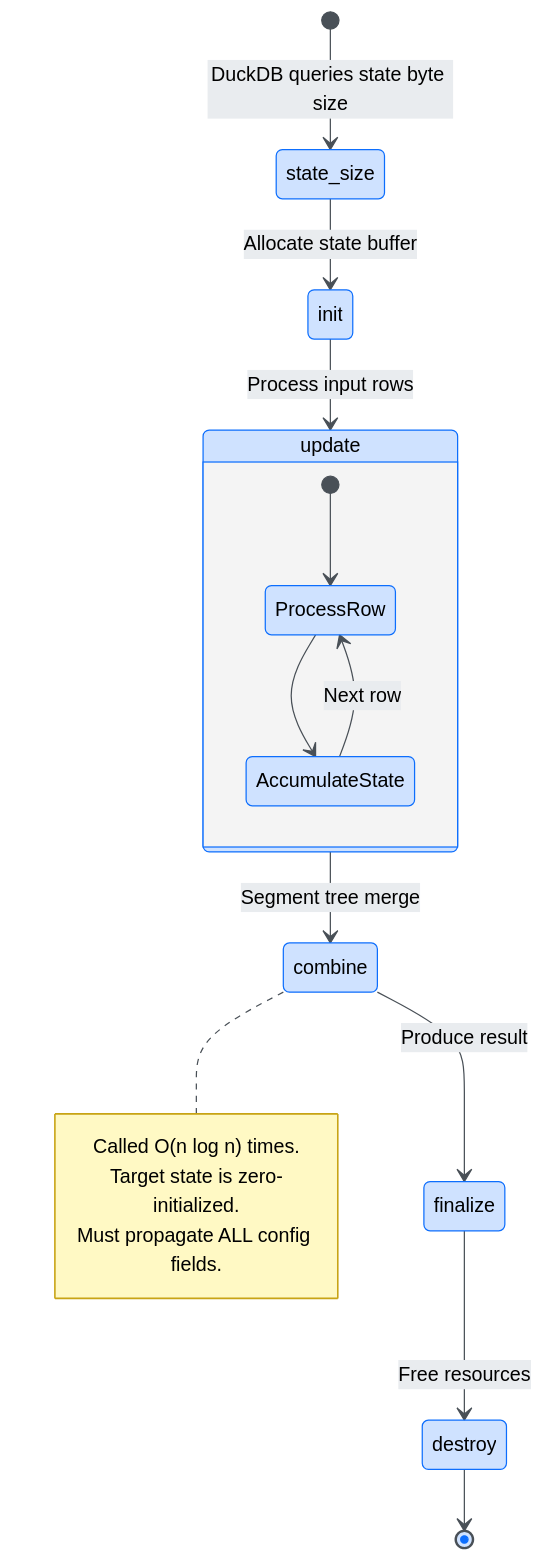
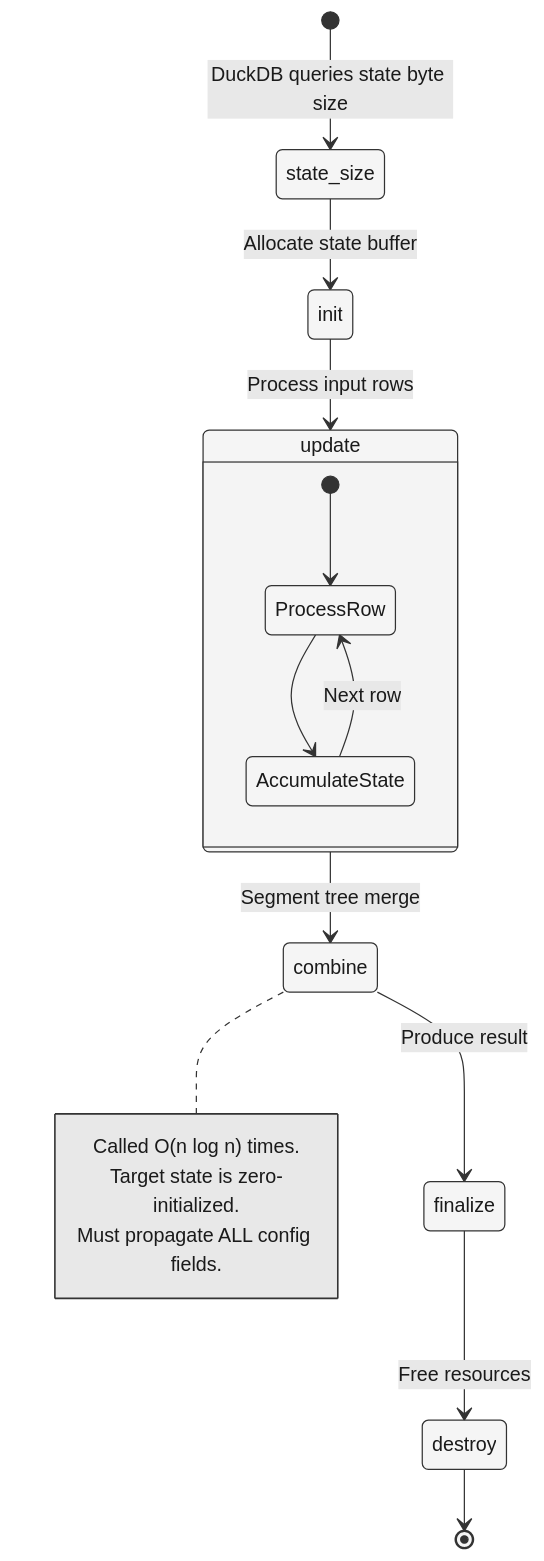
The third of 4 diagrams in docs/src/engineering.md (tomtom215/duckdb-behavioral), drawn with Mermaid before and after one commit. The commit also changed other lines of this file and 16 other files, not shown here.

First line of the commit message:
Enterprise quality: 23 new tests (411→434), Mermaid grayscale, doc updates

````diff
--- a/docs/src/engineering.md
+++ b/docs/src/engineering.md
@@ -316,25 +316,25 @@
 ```mermaid
-%%{init: {'theme': 'base', 'themeVariables': {'primaryColor': '#cfe2ff', 'primaryTextColor': '#000000', 'primaryBorderColor': '#0d6efd', 'lineColor': '#495057', 'secondaryColor': '#e9ecef', 'tertiaryColor': '#dee2e6', 'textColor': '#000000', 'noteBkgColor': '#fff9c4', 'noteTextColor': '#000000', 'noteBorderColor': '#c8a415', 'labelTextColor': '#000000', 'transitionColor': '#495057'}}}%%
+%%{init: {'theme': 'base', 'themeVariables': {'primaryColor': '#f5f5f5', 'primaryTextColor': '#1a1a1a', 'primaryBorderColor': '#333333', 'lineColor': '#333333', 'secondaryColor': '#e8e8e8', 'tertiaryColor': '#e0e0e0', 'textColor': '#1a1a1a', 'noteBkgColor': '#e8e8e8', 'noteTextColor': '#1a1a1a', 'noteBorderColor': '#333333', 'labelTextColor': '#1a1a1a', 'transitionColor': '#333333'}}}%%
 stateDiagram-v2
     [*] --> state_size: DuckDB queries state byte size
 
     state_size --> init: Allocate state buffer
     init --> update: Process input rows
 
     state "update" as update {
         [*] --> ProcessRow
         ProcessRow --> AccumulateState
         AccumulateState --> ProcessRow: Next row
     }
 
     update --> combine: Segment tree merge
     note right of combine
         Called O(n log n) times.
         Target state is zero-initialized.
         Must propagate ALL config fields.
     end note
 
     combine --> finalize: Produce result
     finalize --> destroy: Free resources
     destroy --> [*]
 ```
````
